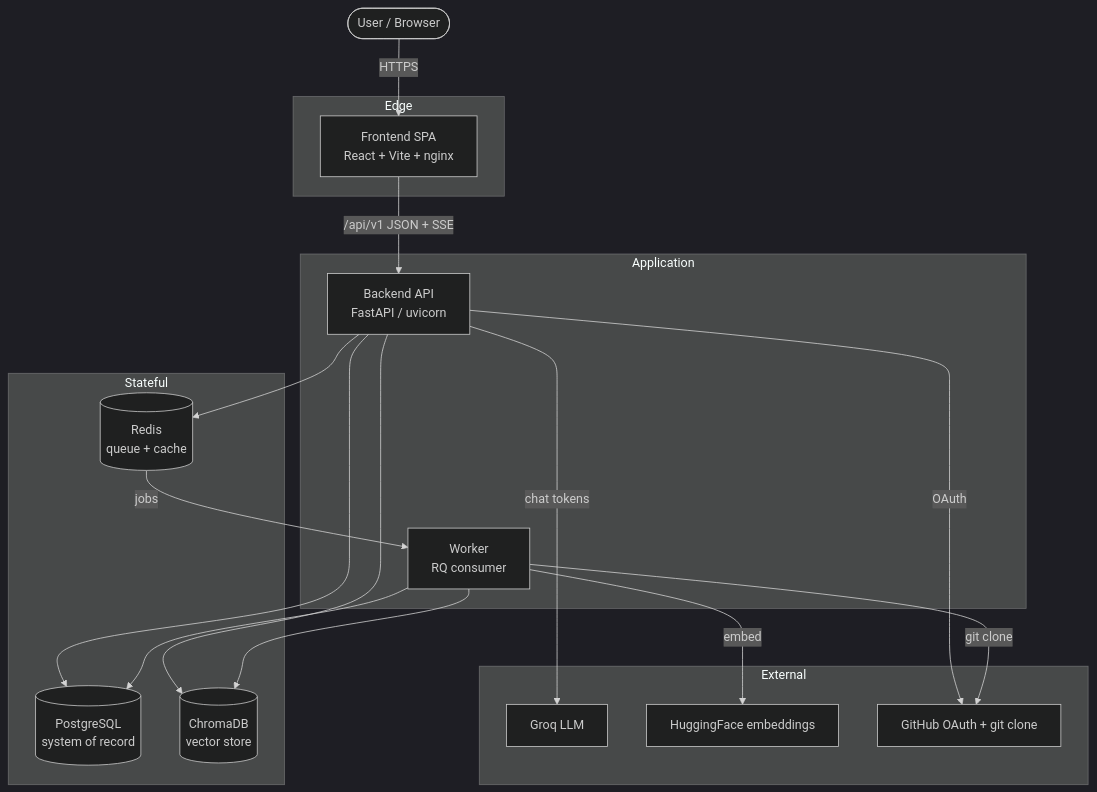
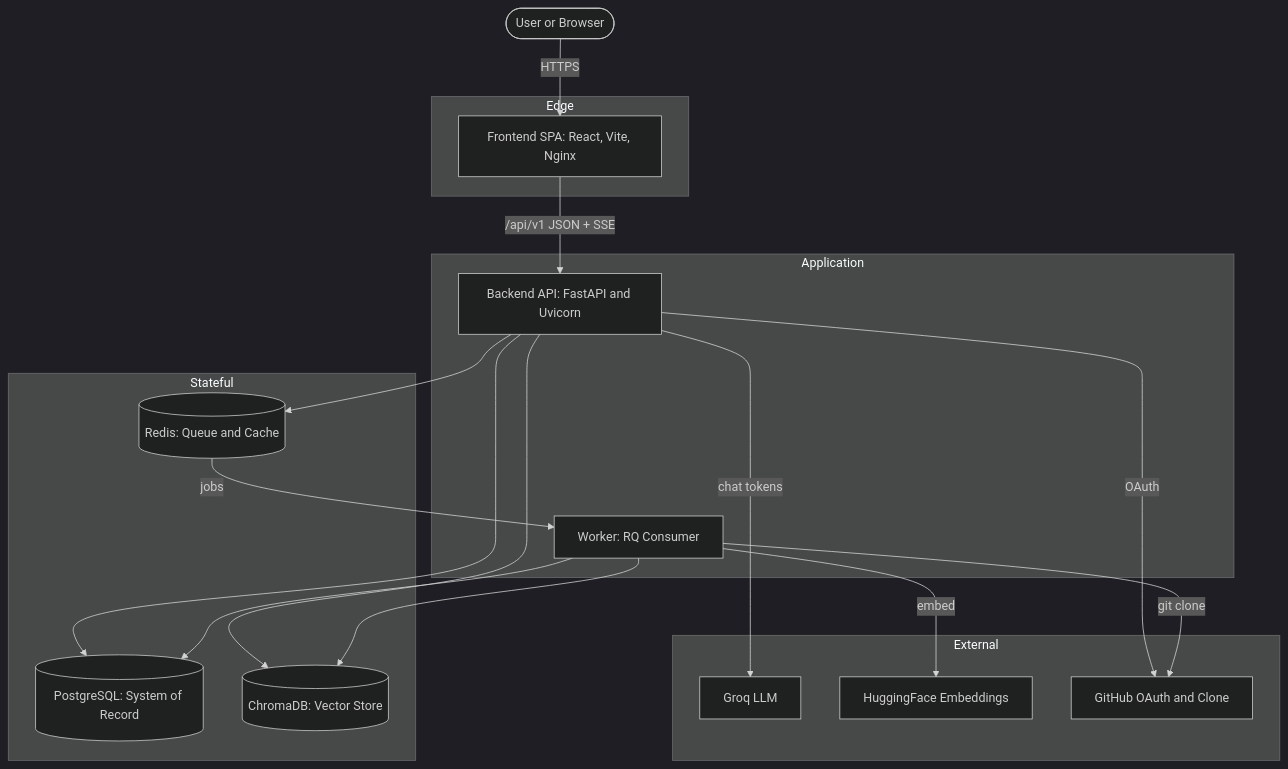
One commit to nikhil-87/CodeSensei changed the first of 5 diagrams in docs/MASTER_PROJECT_DOCUMENTATION.md. Above: the diagram before and after it, drawn with Mermaid (dark theme). The commit also changed other lines of this file and 25 other files, not shown here.

Commit message:
docs: initialize comprehensive technical documentation, architecture diagrams, and verification guides in vault and docs directories

````diff
--- a/docs/MASTER_PROJECT_DOCUMENTATION.md
+++ b/docs/MASTER_PROJECT_DOCUMENTATION.md
@@ -135,34 +135,34 @@
 ```mermaid
 flowchart TB
-  user([User / Browser])
+  user([User or Browser])
   subgraph Edge
-    fe[Frontend SPA<br/>React + Vite + nginx]
+    fe[Frontend SPA: React, Vite, Nginx]
   end
   subgraph Application
-    be[Backend API<br/>FastAPI / uvicorn]
-    wk[Worker<br/>RQ consumer]
+    be[Backend API: FastAPI and Uvicorn]
+    wk[Worker: RQ Consumer]
   end
   subgraph Stateful
-    pg[(PostgreSQL<br/>system of record)]
-    rd[(Redis<br/>queue + cache)]
-    ch[(ChromaDB<br/>vector store)]
+    pg[(PostgreSQL: System of Record)]
+    rd[(Redis: Queue and Cache)]
+    ch[(ChromaDB: Vector Store)]
   end
   subgraph External
     groq[Groq LLM]
-    hf[HuggingFace embeddings]
-    gh[GitHub OAuth + git clone]
+    hf[HuggingFace Embeddings]
+    gh[GitHub OAuth and Clone]
   end
 
   user -->|HTTPS| fe
   fe -->|/api/v1 JSON + SSE| be
   be -->|OAuth| gh
   be --> pg
   be --> rd
   be --> ch
   be -->|chat tokens| groq
   rd -->|jobs| wk
   wk -->|git clone| gh
   wk --> pg
   wk --> ch
   wk -->|embed| hf
 ```
````
